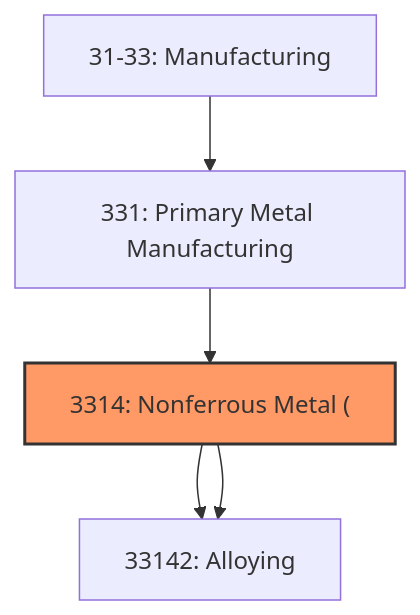
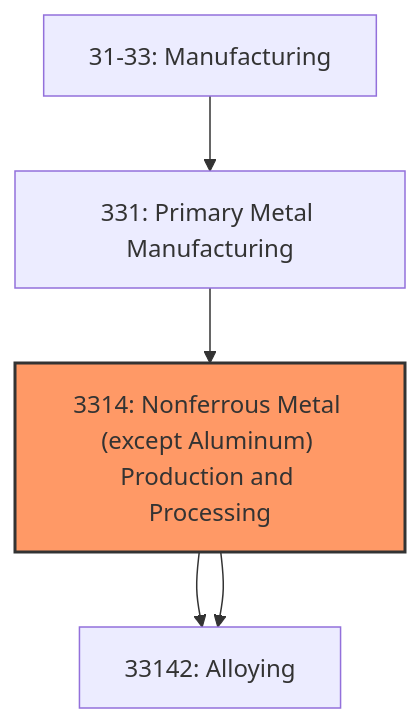
The first of 3 diagrams in industries/Manufacturing/PrimaryMetalManufacturing/NonferrousMetal/index.mdx (kziemski/business.org.ai), drawn with Mermaid before and after one commit. The commit also changed other lines of this file and 67418 other files, not shown here.

````diff
--- a/industries/Manufacturing/PrimaryMetalManufacturing/NonferrousMetal/index.mdx
+++ b/industries/Manufacturing/PrimaryMetalManufacturing/NonferrousMetal/index.mdx
@@ -22,9 +22,9 @@
 ```mermaid
 graph TD
     S31["31-33: Manufacturing"]
     S31 --> N331["331: Primary Metal Manufacturing"]
-    N331 --> N3314["3314: Nonferrous Metal ("]
+    N331 --> N3314["3314: Nonferrous Metal (except Aluminum) Production and Processing"]
     style N3314 fill:#f96,stroke:#333,stroke-width:2px
     N3314 --> N33142["33142: Copper Rolling"]
     N3314 --> N33142["33142: Alloying"]
 ```
````
